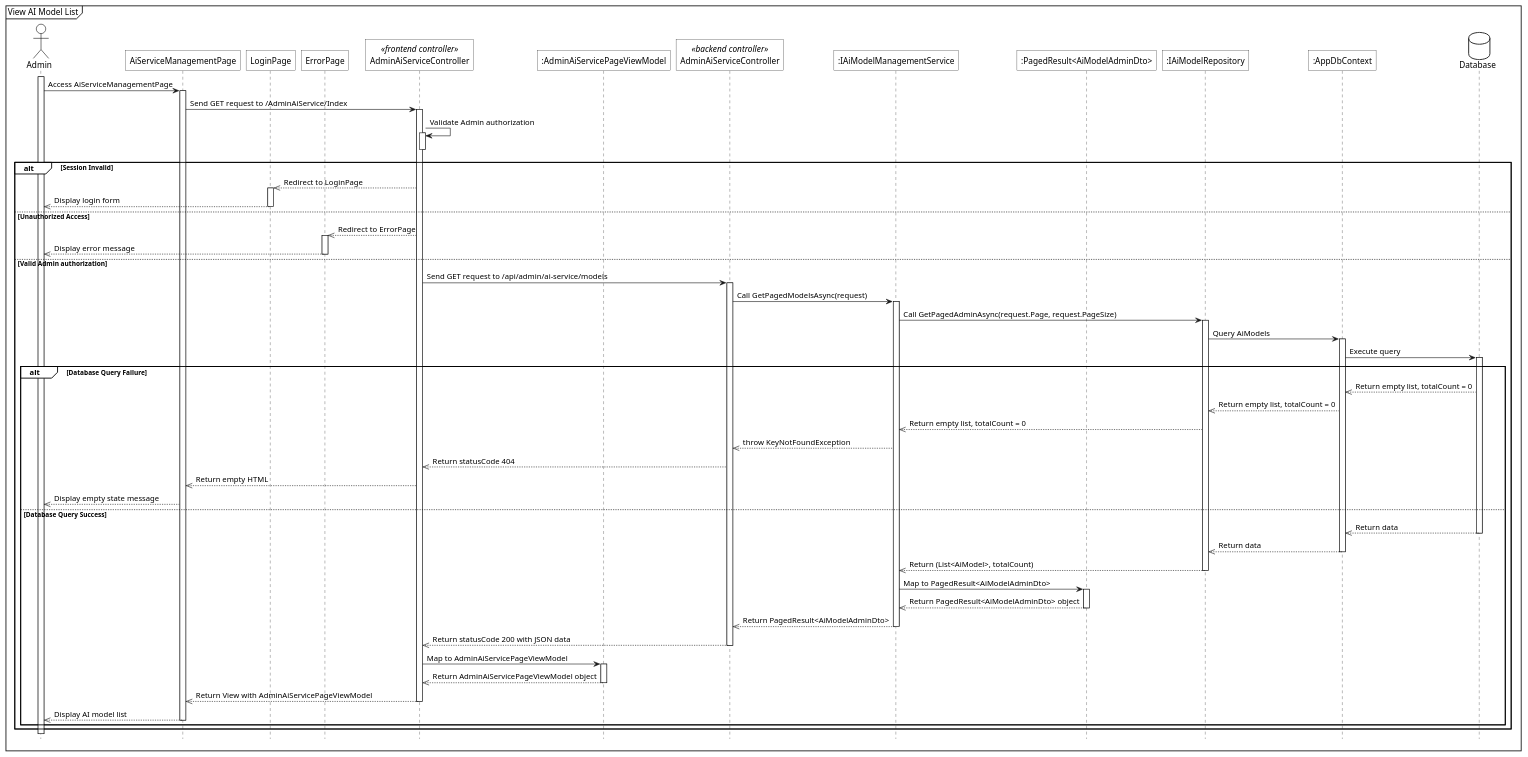
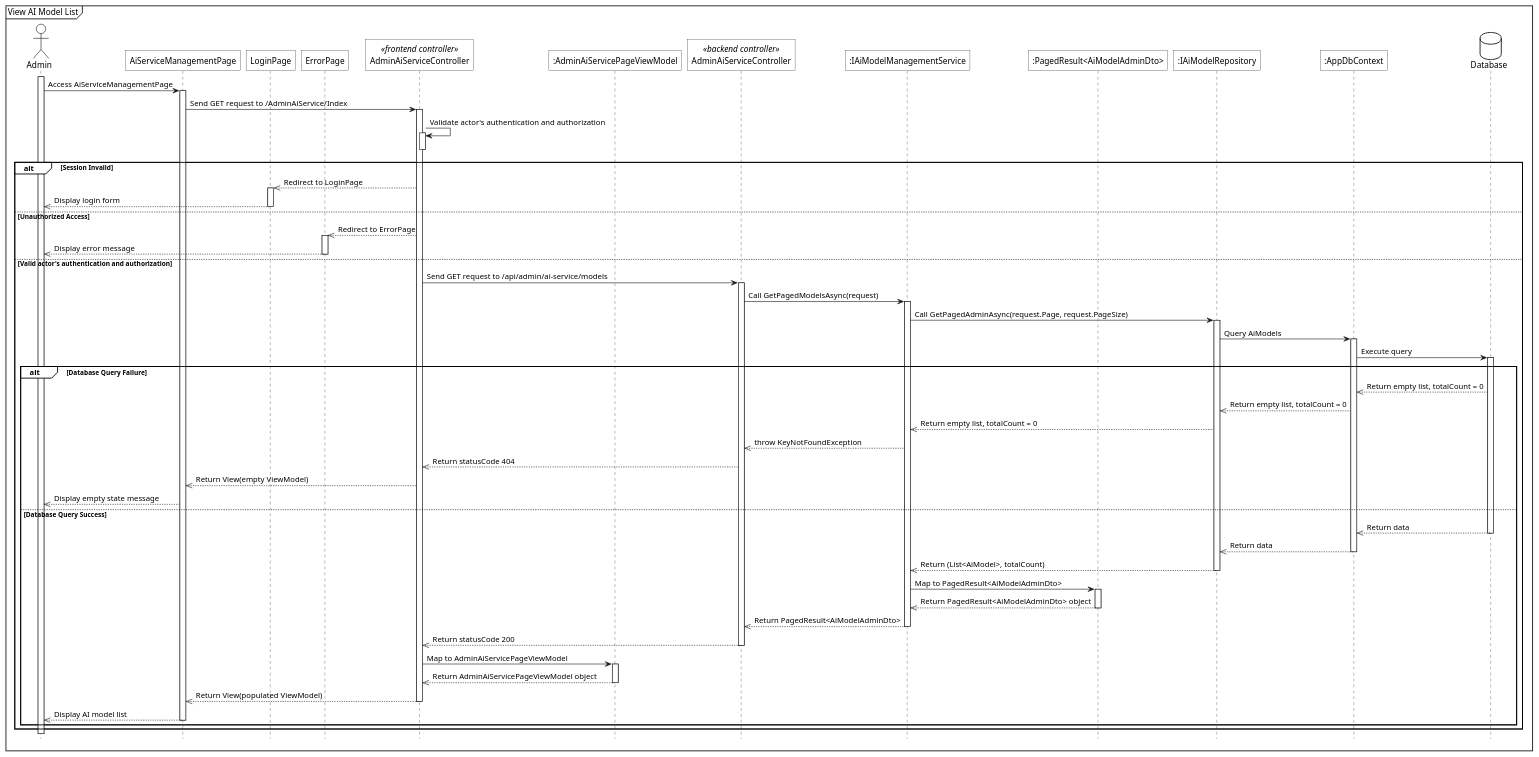
Before and after one commit to 1000do/Linked: the diagram in .agents/skills/plantuml_sequence_diagram/references/sq_view_ai_model_list.plantuml, drawn with PlantUML. The commit also changed 73 other files, not shown here.

Commit message:
update skill sequence, test, sửa lỗi hiển thị nhầm lỗi khi login failed - update sq and test for reports, ai-models - acc bị ban thì hiện thông báo acc bị ban tới ngày nào - update use case specs 009 và 015

```diff
--- a/.agents/skills/plantuml_sequence_diagram/references/sq_view_ai_model_list.plantuml
+++ b/.agents/skills/plantuml_sequence_diagram/references/sq_view_ai_model_list.plantuml
@@ -1,95 +1,95 @@
 @startuml 
 <style>
     sequenceDiagram{
         actor{
             BackgroundColor white
             LineThickness 1.0
         }
         participant{
             BackgroundColor white
             RoundCorner 0
         }
         database{
             BackgroundColor white
         }
         groupHeader{
             BackgroundColor white
         }
         referenceHeader{
             BackgroundColor white
         }
         reference{
             BackgroundColor white
         }
     }
 </style>
 
 hide footbox
 mainframe View AI Model List
 
 actor Admin as act
 participant "AiServiceManagementPage" as view
 participant "LoginPage" as login_view
 participant "ErrorPage" as error_view
 participant "AdminAiServiceController" as fe_ctrl <<frontend controller>>
 participant ":AdminAiServicePageViewModel" as view_model
 participant "AdminAiServiceController" as be_ctrl <<backend controller>>
 participant ":IAiModelManagementService" as sv
 participant ":PagedResult<AiModelAdminDto>" as res
 participant ":IAiModelRepository" as repo
 participant ":AppDbContext" as ctx
 database Database as db
 
 act ++
 act -> view++: Access AiServiceManagementPage
 view -> fe_ctrl++: Send GET request to /AdminAiService/Index
-fe_ctrl -> fe_ctrl++: Validate Admin authorization
+fe_ctrl -> fe_ctrl++: Validate actor's authentication and authorization
 fe_ctrl--
 
 alt Session Invalid
     fe_ctrl -->> login_view: Redirect to LoginPage
     activate login_view
     login_view -->> act--: Display login form
 else Unauthorized Access
     fe_ctrl -->> error_view: Redirect to ErrorPage
     activate error_view
     error_view -->> act--: Display error message
-else Valid Admin authorization
+else Valid actor's authentication and authorization
     fe_ctrl -> be_ctrl++: Send GET request to /api/admin/ai-service/models
         
         be_ctrl -> sv++: Call GetPagedModelsAsync(request)
         
         sv -> repo++: Call GetPagedAdminAsync(request.Page, request.PageSize)
         
         repo -> ctx++: Query AiModels
         ctx -> db++: Execute query
         
         alt Database Query Failure
             db -->> ctx: Return empty list, totalCount = 0
             ctx -->> repo: Return empty list, totalCount = 0
             repo -->> sv: Return empty list, totalCount = 0
             sv -->> be_ctrl: throw KeyNotFoundException
             be_ctrl -->> fe_ctrl: Return statusCode 404
-            fe_ctrl -->> view: Return empty HTML
+            fe_ctrl -->> view: Return View(empty ViewModel)
             view -->> act: Display empty state message
         else Database Query Success
             db -->> ctx--: Return data
             ctx -->> repo--: Return data
             repo -->> sv--: Return (List<AiModel>, totalCount)
             
             sv -> res++: Map to PagedResult<AiModelAdminDto>
             res -->> sv--: Return PagedResult<AiModelAdminDto> object
             
             sv -->> be_ctrl--: Return PagedResult<AiModelAdminDto>
-            be_ctrl -->> fe_ctrl--: Return statusCode 200 with JSON data
+            be_ctrl -->> fe_ctrl--: Return statusCode 200
             
             fe_ctrl -> view_model++: Map to AdminAiServicePageViewModel
             view_model -->> fe_ctrl--: Return AdminAiServicePageViewModel object
                 
-            fe_ctrl -->> view: Return View with AdminAiServicePageViewModel
+            fe_ctrl -->> view: Return View(populated ViewModel)
             deactivate fe_ctrl
             
             view -->> act--: Display AI model list
         end
 end
 @enduml
```
